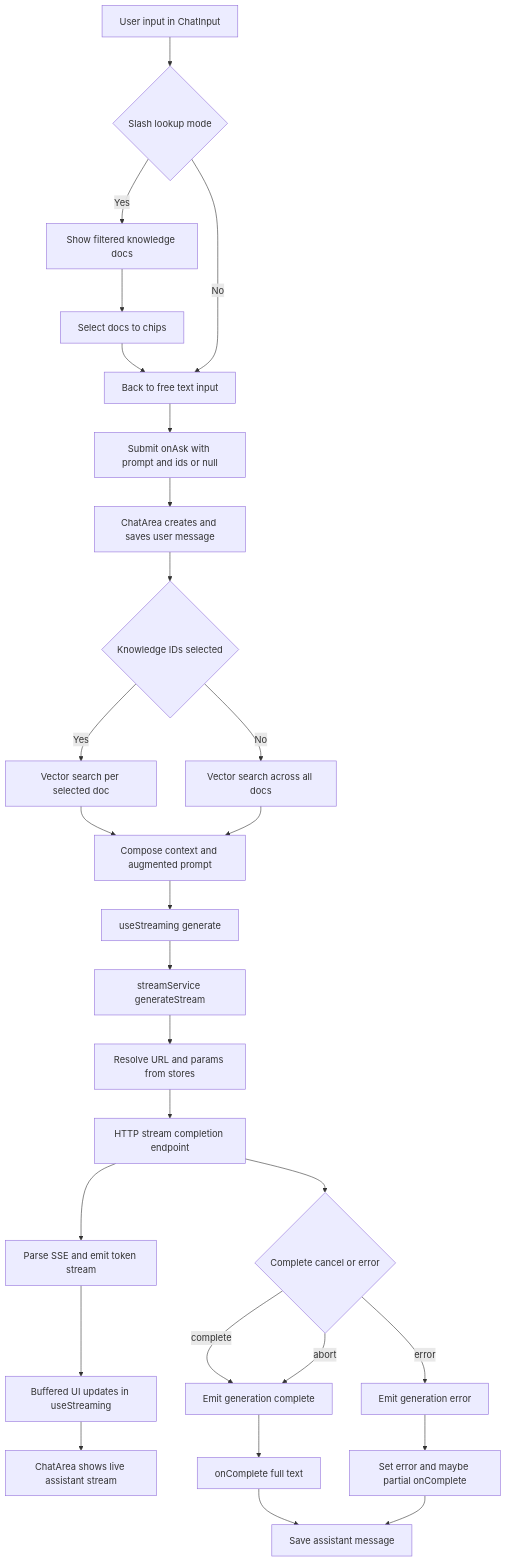
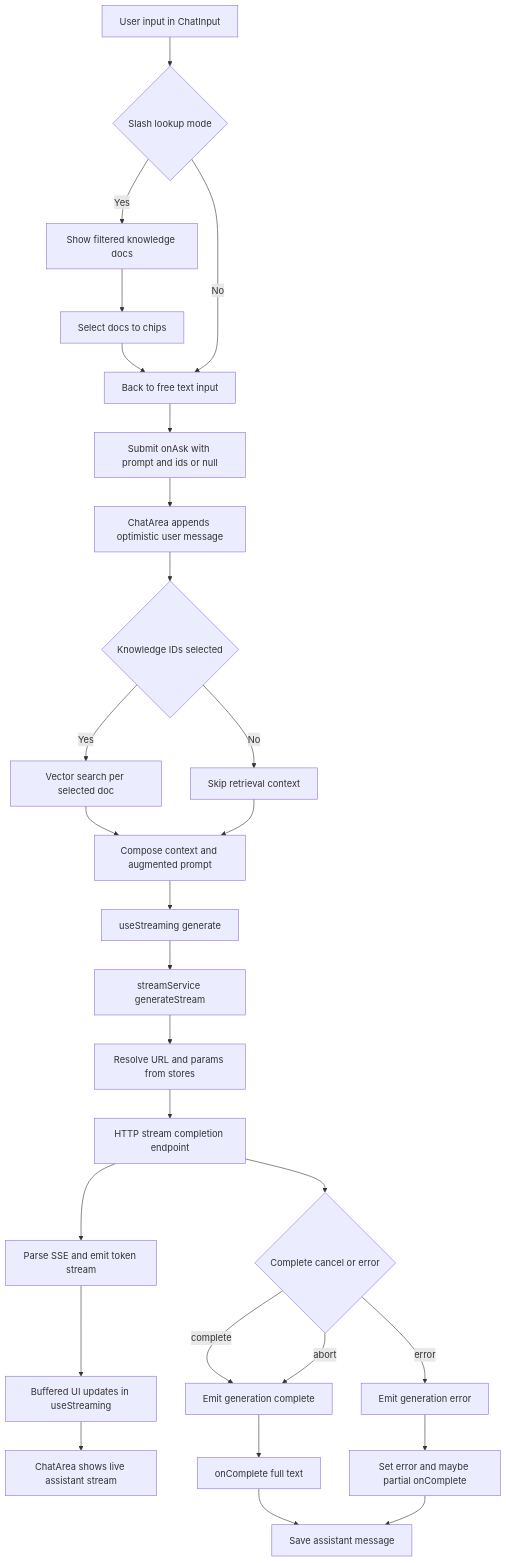
The second of 3 diagrams in docs/agent-loop-input-to-llm-flow.md (Prasannajaga/llm-store), drawn with Mermaid before and after one commit. The commit also changed other lines of this file and 19 other files, not shown here.

````diff
--- a/docs/agent-loop-input-to-llm-flow.md
+++ b/docs/agent-loop-input-to-llm-flow.md
@@ -83,33 +81,33 @@
 ```mermaid
 flowchart TD
     A[User input in ChatInput] --> B{Slash lookup mode}
     B -->|Yes| C[Show filtered knowledge docs]
     C --> D[Select docs to chips]
     D --> E[Back to free text input]
     B -->|No| E
 
     E --> F[Submit onAsk with prompt and ids or null]
-    F --> G[ChatArea creates and saves user message]
+    F --> G[ChatArea appends optimistic user message]
     G --> H{Knowledge IDs selected}
     H -->|Yes| I[Vector search per selected doc]
-    H -->|No| J[Vector search across all docs]
+    H -->|No| J[Skip retrieval context]
     I --> K[Compose context and augmented prompt]
     J --> K
 
     K --> L[useStreaming generate]
     L --> M[streamService generateStream]
     M --> N[Resolve URL and params from stores]
     N --> O[HTTP stream completion endpoint]
     O --> P[Parse SSE and emit token stream]
     P --> Q[Buffered UI updates in useStreaming]
     Q --> R[ChatArea shows live assistant stream]
 
     O --> S{Complete cancel or error}
     S -->|complete| T[Emit generation complete]
     S -->|abort| T
     S -->|error| U[Emit generation error]
     T --> V[onComplete full text]
     U --> W[Set error and maybe partial onComplete]
     V --> X[Save assistant message]
     W --> X
 ```
````
